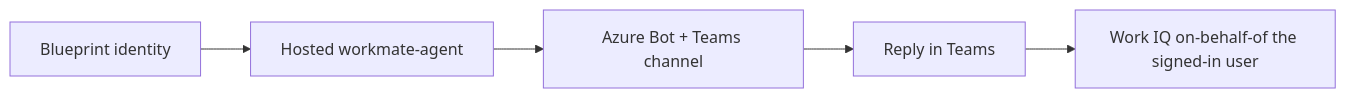
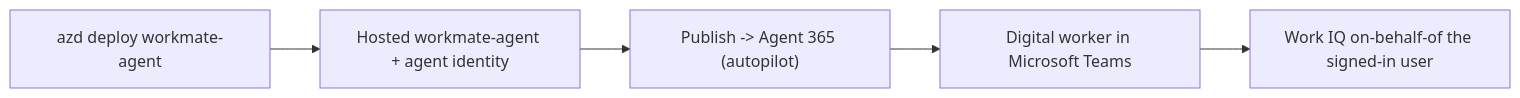
One commit to aycabas/iqdeepdive-workiq changed the diagram in docs/teams.md. Above: the diagram before and after it, drawn with Mermaid. The commit also changed other lines of this file and 42 other files, not shown here.

First line of the commit message:
Refactor hosted agent to Pamela's clean Work IQ toolbox pattern

````diff
--- a/docs/teams.md
+++ b/docs/teams.md
@@ -24,7 +18,7 @@
 ```mermaid
 flowchart LR
-  bp[Blueprint identity] --> agent[Hosted workmate-agent]
-  agent --> bot[Azure Bot + Teams channel]
-  bot --> teams[Reply in Teams]
+  azd[azd deploy workmate-agent] --> agent[Hosted workmate-agent + agent identity]
+  agent --> publish["Publish -> Agent 365 (autopilot)"]
+  publish --> teams[Digital worker in Microsoft Teams]
   teams --> obo[Work IQ on-behalf-of the signed-in user]
 ```
````
